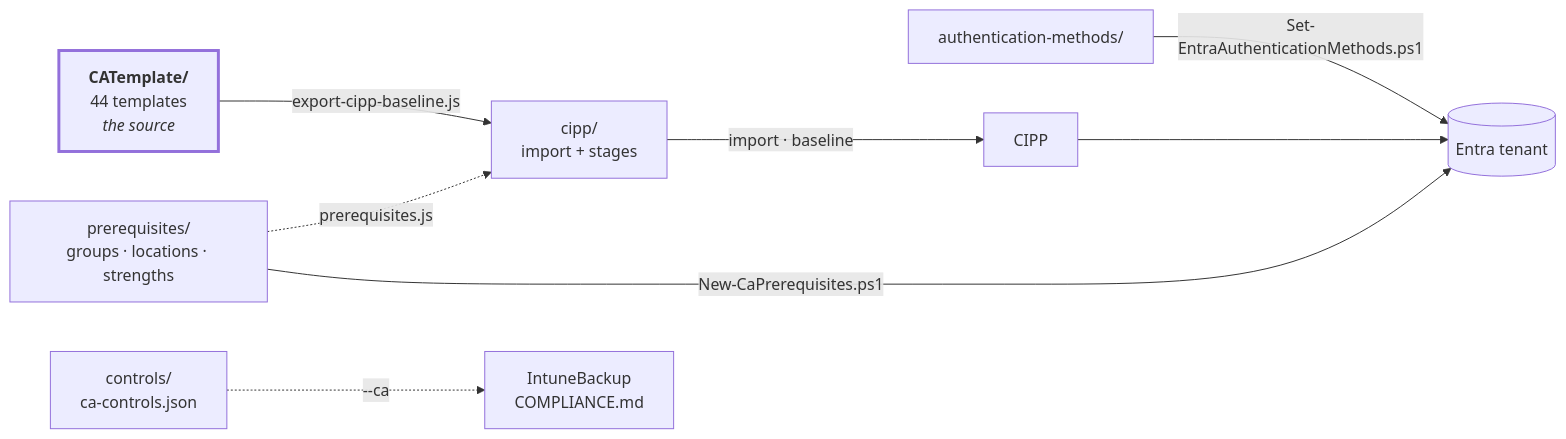
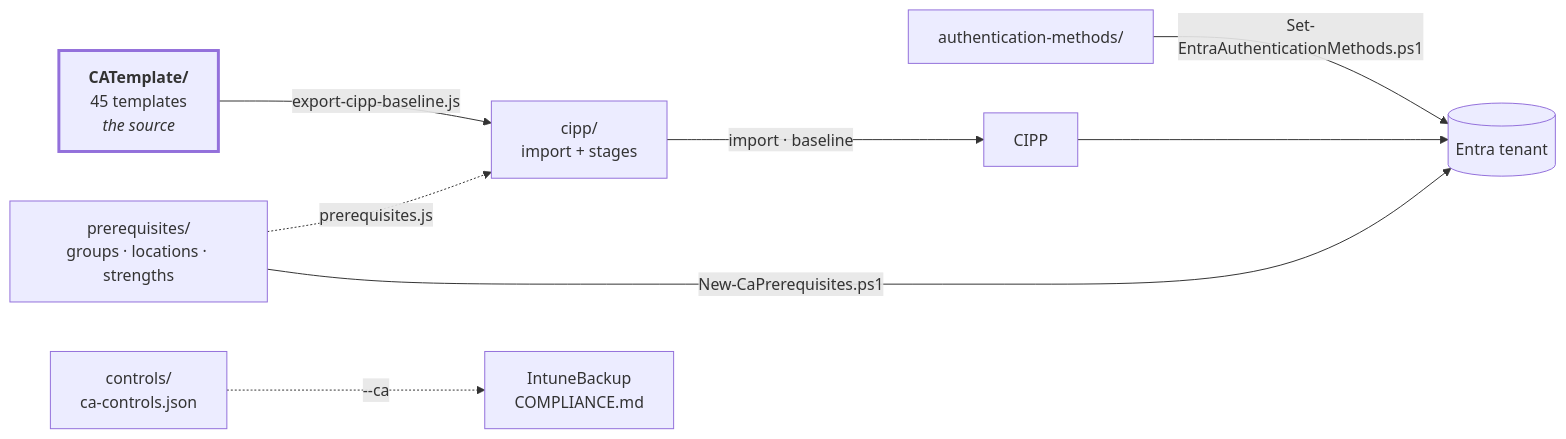
One commit to sjkanon/CA-Policies changed the diagram in README.en.md. Above: the diagram before and after it, drawn with Mermaid. The commit also changed other lines of this file and 28 other files, not shown here.

````diff
--- a/README.en.md
+++ b/README.en.md
@@ -10,19 +10,19 @@
 ```mermaid
 flowchart LR
-  T["<b>CATemplate/</b><br/>44 templates<br/><i>the source</i>"]
+  T["<b>CATemplate/</b><br/>45 templates<br/><i>the source</i>"]
   P["prerequisites/<br/>groups · locations · strengths"]
   C["controls/<br/>ca-controls.json"]
   A["authentication-methods/"]
   X["cipp/<br/>import + stages"]
   TEN[("Entra tenant")]
 
   T -->|export-cipp-baseline.js| X
   P -.->|prerequisites.js| X
   X -->|import · baseline| CIPP[CIPP]
   CIPP --> TEN
   P -->|New-CaPrerequisites.ps1| TEN
   A -->|Set-EntraAuthenticationMethods.ps1| TEN
   C -.->|--ca| IB["IntuneBackup<br/>COMPLIANCE.md"]
 
   style T stroke-width:3px
 ```
````
